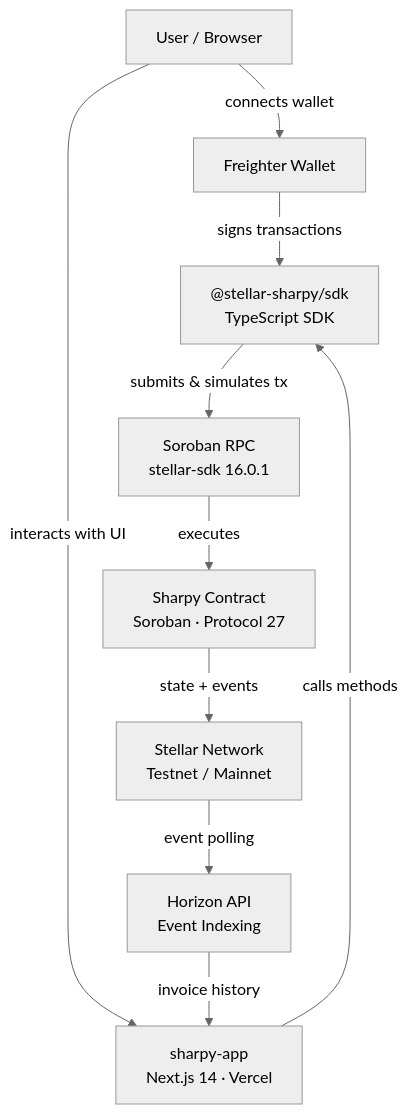
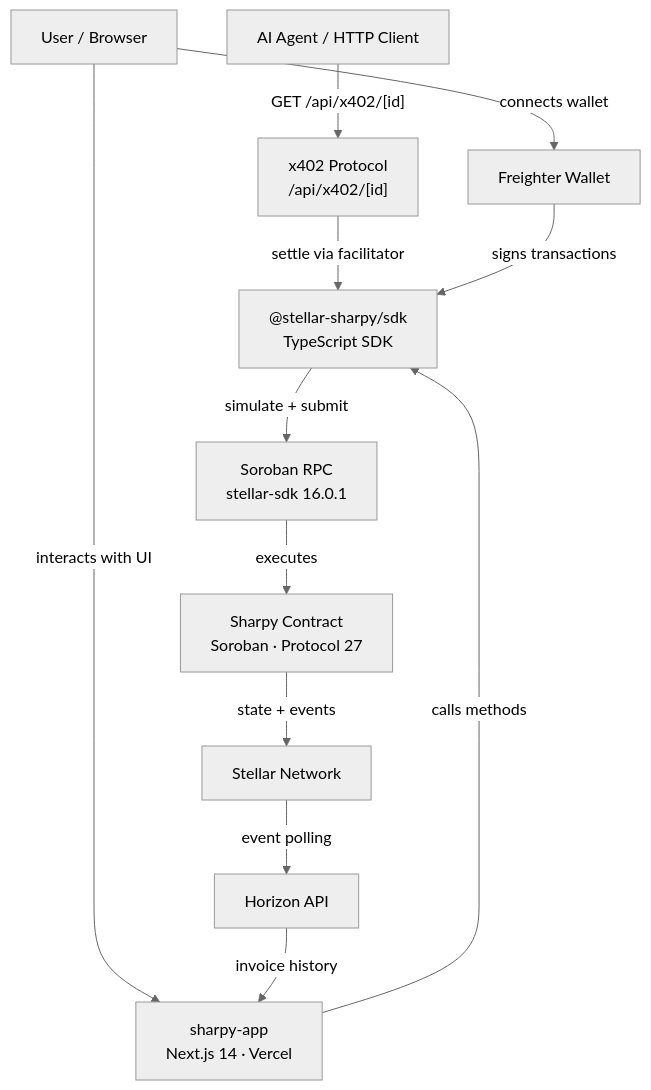
Before and after one commit to stellar-sharpy/sharpy-app: the diagram in README.md, drawn with Mermaid (neutral theme). The commit also changed other lines of this file, not shown here.

Commit message:
docs: full detailed README with all routes, architecture diagram, project structure, and Protocol 25/26 integration

````diff
--- a/README.md
+++ b/README.md
@@ -17,21 +22,25 @@
 ```mermaid
 graph TD
     User["User / Browser"]
+    Agent["AI Agent / HTTP Client"]
     Freighter["Freighter Wallet"]
     App["sharpy-app\nNext.js 14 · Vercel"]
     SDK["@stellar-sharpy/sdk\nTypeScript SDK"]
+    X402["x402 Protocol\n/api/x402/[id]"]
     RPC["Soroban RPC\nstellar-sdk 16.0.1"]
     Contract["Sharpy Contract\nSoroban · Protocol 27"]
-    Stellar["Stellar Network\nTestnet / Mainnet"]
-    Horizon["Horizon API\nEvent Indexing"]
+    Stellar["Stellar Network"]
+    Horizon["Horizon API"]
 
     User -->|"connects wallet"| Freighter
     User -->|"interacts with UI"| App
+    Agent -->|"GET /api/x402/[id]"| X402
+    X402 -->|"settle via facilitator"| SDK
     App -->|"calls methods"| SDK
     Freighter -->|"signs transactions"| SDK
-    SDK -->|"submits & simulates tx"| RPC
+    SDK -->|"simulate + submit"| RPC
     RPC -->|"executes"| Contract
     Contract -->|"state + events"| Stellar
     Stellar -->|"event polling"| Horizon
     Horizon -->|"invoice history"| App
 ```
````
